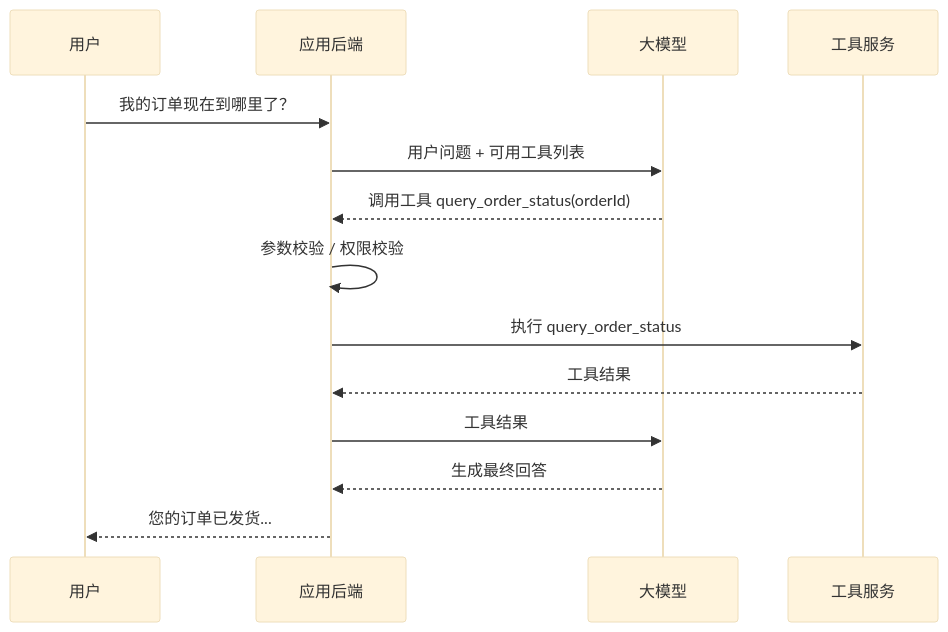
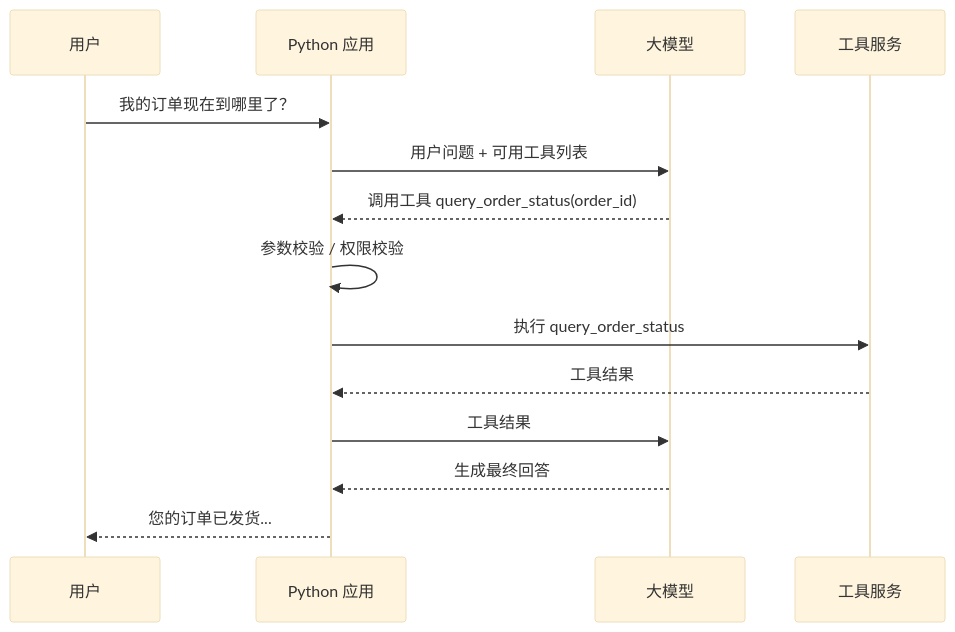
One commit to yanishuang/learn_ai_agent changed the first of 2 diagrams in chapters/05-tool-calling.md. Above: the diagram before and after it, drawn with Mermaid (base theme). The commit also changed other lines of this file and 12 other files, not shown here.

````diff
--- a/chapters/05-tool-calling.md
+++ b/chapters/05-tool-calling.md
@@ -31,17 +32,17 @@
 ```mermaid
 sequenceDiagram
     participant U as 用户
-    participant A as 应用后端
+    participant A as Python 应用
     participant M as 大模型
     participant T as 工具服务
 
     U->>A: 我的订单现在到哪里了？
     A->>M: 用户问题 + 可用工具列表
-    M-->>A: 调用工具 query_order_status(orderId)
+    M-->>A: 调用工具 query_order_status(order_id)
     A->>A: 参数校验 / 权限校验
     A->>T: 执行 query_order_status
     T-->>A: 工具结果
     A->>M: 工具结果
     M-->>A: 生成最终回答
     A-->>U: 您的订单已发货...
 ```
````
